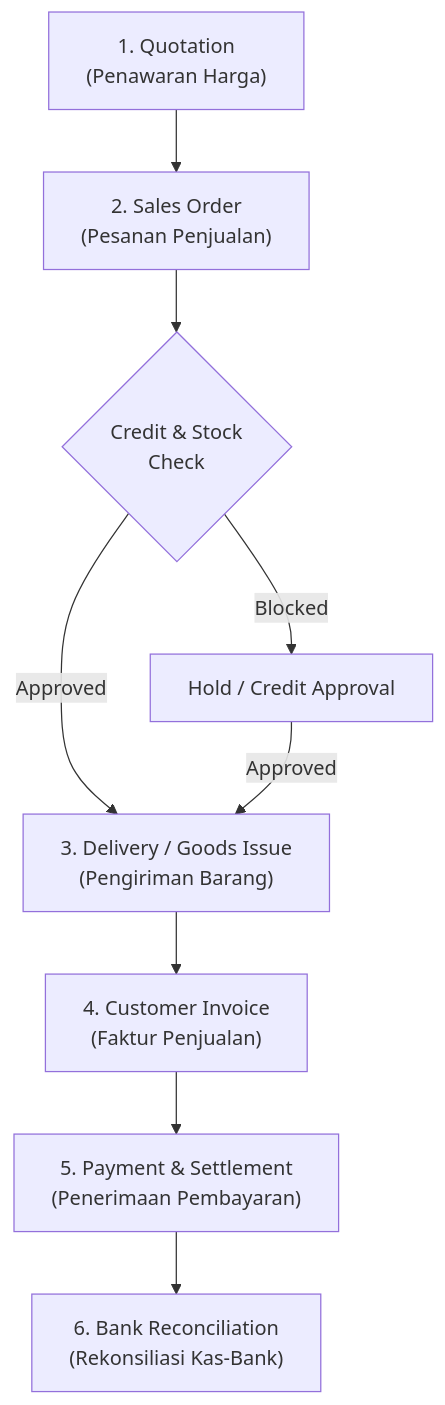
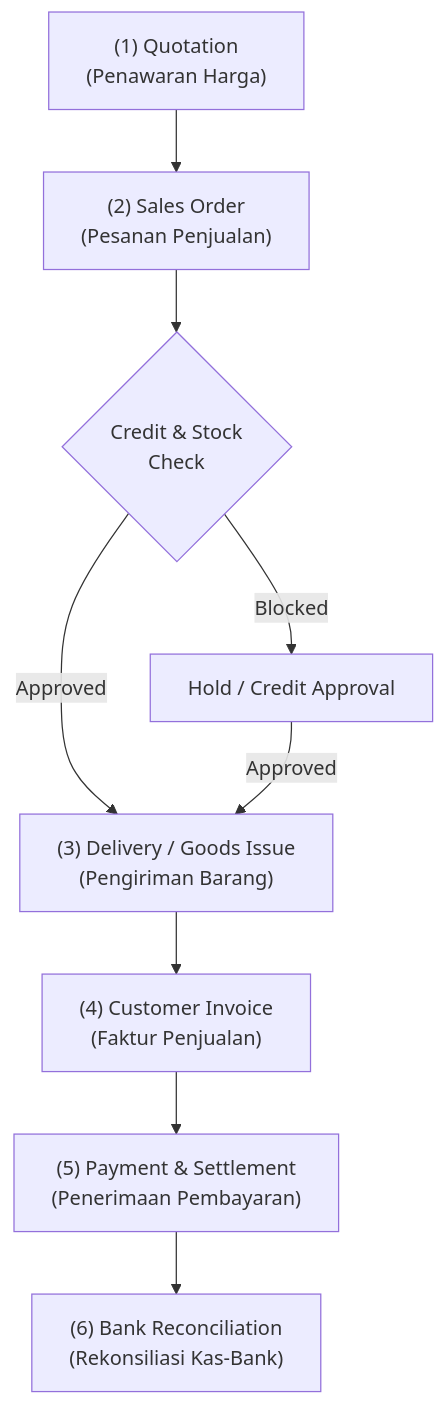
One commit to alimurrofid/erp-notes changed the diagram in content/01-business-processes/order-to-cash.md. Above: the diagram before and after it, drawn with Mermaid. The commit also changed 132 other files, not shown here.

````diff
--- a/content/01-business-processes/order-to-cash.md
+++ b/content/01-business-processes/order-to-cash.md
@@ -17,12 +17,12 @@
 ```mermaid
 flowchart TD
-    Q["1. Quotation<br/>(Penawaran Harga)"]
-    --> SO["2. Sales Order<br/>(Pesanan Penjualan)"]
+    Q["(1) Quotation<br/>(Penawaran Harga)"]
+    --> SO["(2) Sales Order<br/>(Pesanan Penjualan)"]
     --> CR{"Credit & Stock<br/>Check"}
-    CR -->|Approved| DO["3. Delivery / Goods Issue<br/>(Pengiriman Barang)"]
+    CR -->|Approved| DO["(3) Delivery / Goods Issue<br/>(Pengiriman Barang)"]
     CR -->|Blocked| HLD["Hold / Credit Approval"]
     HLD -->|Approved| DO
-    DO --> INV["4. Customer Invoice<br/>(Faktur Penjualan)"]
-    INV --> PAY["5. Payment & Settlement<br/>(Penerimaan Pembayaran)"]
-    PAY --> REC["6. Bank Reconciliation<br/>(Rekonsiliasi Kas-Bank)"]
+    DO --> INV["(4) Customer Invoice<br/>(Faktur Penjualan)"]
+    INV --> PAY["(5) Payment & Settlement<br/>(Penerimaan Pembayaran)"]
+    PAY --> REC["(6) Bank Reconciliation<br/>(Rekonsiliasi Kas-Bank)"]
 ```
````
